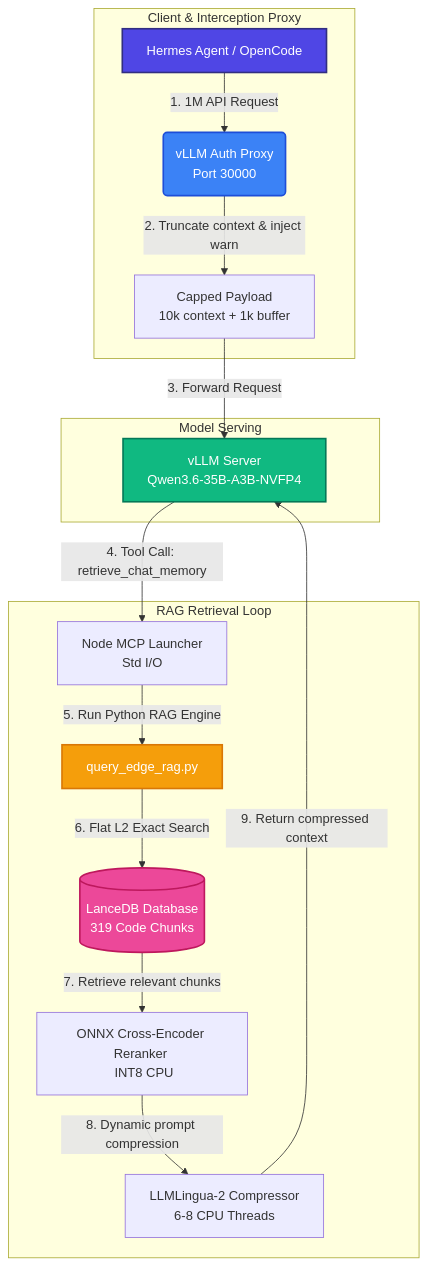
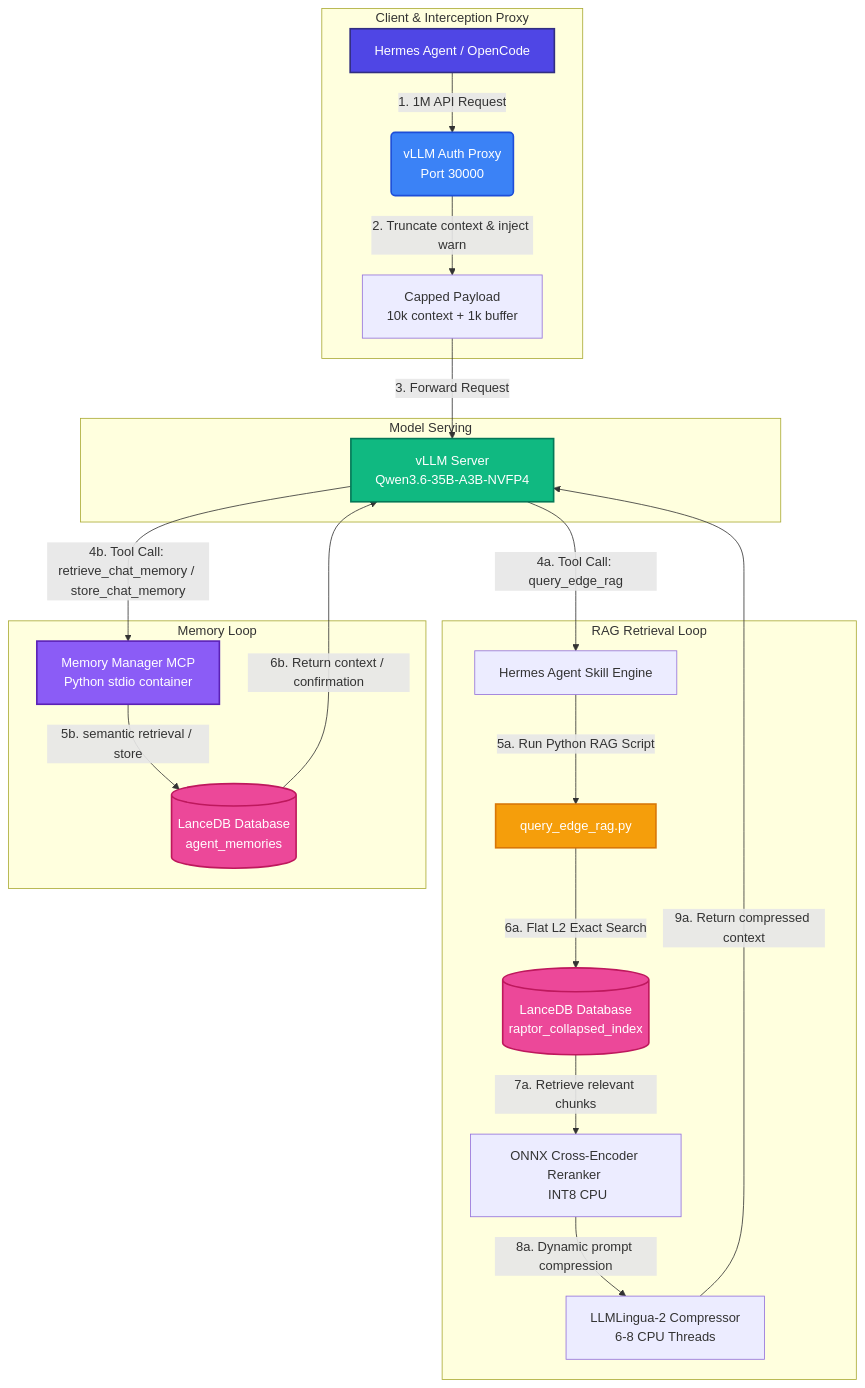
Before and after one commit to Cadododoom/mcp-rag-outlook-v2: the first of 2 diagrams in architecture_specification.md, drawn with Mermaid. The commit also changed other lines of this file and 3 other files, not shown here.

Commit message:
Update context limit configurations, tests, and architecture diagrams to 10,000 tokens

````diff
--- a/architecture_specification.md
+++ b/architecture_specification.md
@@ -9,30 +9,39 @@
 ```mermaid
 graph TD
     %% Client & Proxy Tier
     subgraph Client & Proxy Tier [Client & Interception Proxy]
         A[Hermes Agent / OpenCode] -- "1. 1M API Request" --> B(vLLM Auth Proxy <br> Port 30000)
         B -- "2. Truncate context & inject warn" --> C[Capped Payload <br> 10k context + 1k buffer]
     end
 
     %% Model Serving Tier
     subgraph Serving Tier [Model Serving]
         C -- "3. Forward Request" --> D[vLLM Server <br> Qwen3.6-35B-A3B-NVFP4]
     end
 
     %% RAG Retrieval Loop
     subgraph RAG Tier [RAG Retrieval Loop]
-        D -- "4. Tool Call: retrieve_chat_memory" --> E[Node MCP Launcher <br> Std I/O]
-        E -- "5. Run Python RAG Engine" --> F[query_edge_rag.py]
-        F -- "6. Flat L2 Exact Search" --> G[(LanceDB Database <br> 319 Code Chunks)]
-        G -- "7. Retrieve relevant chunks" --> H[ONNX Cross-Encoder Reranker <br> INT8 CPU]
-        H -- "8. Dynamic prompt compression" --> I[LLMLingua-2 Compressor <br> 6-8 CPU Threads]
-        I -- "9. Return compressed context" --> D
+        D -- "4a. Tool Call: query_edge_rag" --> E[Hermes Agent Skill Engine]
+        E -- "5a. Run Python RAG Script" --> F[query_edge_rag.py]
+        F -- "6a. Flat L2 Exact Search" --> G[(LanceDB Database <br> raptor_collapsed_index)]
+        G -- "7a. Retrieve relevant chunks" --> H[ONNX Cross-Encoder Reranker <br> INT8 CPU]
+        H -- "8a. Dynamic prompt compression" --> I[LLMLingua-2 Compressor <br> 6-8 CPU Threads]
+        I -- "9a. Return compressed context" --> D
+    end
+
+    %% Memory Loop
+    subgraph Memory Tier [Memory Loop]
+        D -- "4b. Tool Call: retrieve_chat_memory / store_chat_memory" --> J[Memory Manager MCP <br> Python stdio container]
+        J -- "5b. semantic retrieval / store" --> K[(LanceDB Database <br> agent_memories)]
+        K -- "6b. Return context / confirmation" --> D
     end
 
     %% Styling
     style A fill:#4F46E5,stroke:#312E81,stroke-width:2px,color:#fff
     style B fill:#3B82F6,stroke:#1D4ED8,stroke-width:2px,color:#fff
     style D fill:#10B981,stroke:#047857,stroke-width:2px,color:#fff
     style F fill:#F59E0B,stroke:#D97706,stroke-width:2px,color:#fff
     style G fill:#EC4899,stroke:#BE185D,stroke-width:2px,color:#fff
+    style J fill:#8B5CF6,stroke:#5B21B6,stroke-width:2px,color:#fff
+    style K fill:#EC4899,stroke:#BE185D,stroke-width:2px,color:#fff
 ```
````
